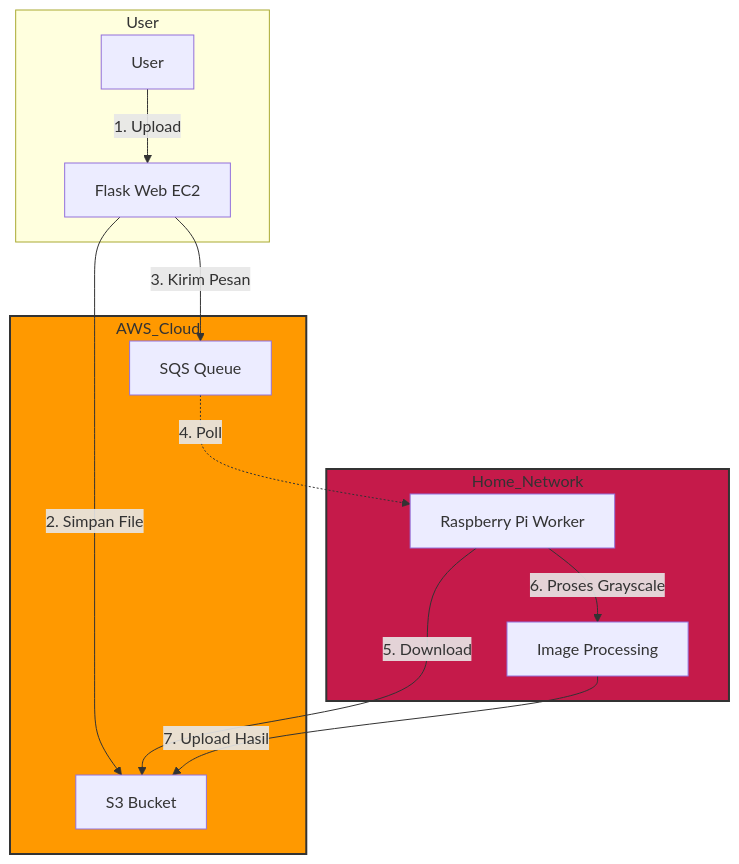
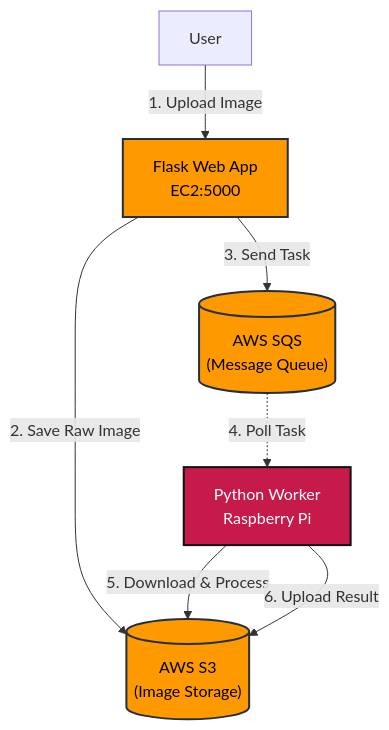
Before and after one commit to AkhsanDaffa/aws-hybrid-image-processor: the first of 3 diagrams in README.md, drawn with Mermaid. The commit also changed other lines of this file and 6 other files, not shown here.

````diff
--- a/README.md
+++ b/README.md
@@ -24,21 +23,14 @@
 ```mermaid
 graph TD
-    subgraph User
-    A[User] -->|1. Upload| B[Flask Web EC2]
-    end
-    
-    subgraph AWS_Cloud
-    B -->|2. Simpan File| C[S3 Bucket]
-    B -->|3. Kirim Pesan| D[SQS Queue]
-    end
-    
-    subgraph Home_Network
-    D -.->|4. Poll| E[Raspberry Pi Worker]
-    E -->|5. Download| C
-    E -->|6. Proses Grayscale| F[Image Processing]
-    F -->|7. Upload Hasil| C
-    end
-    
-    style AWS_Cloud fill:#ff9900,stroke:#333,stroke-width:2px
-    style Home_Network fill:#c51a4a,stroke:#333,stroke-width:2px
+    User[User] -->|1. Upload Image| Flask[Flask Web App\nEC2:5000]
+    Flask -->|2. Save Raw Image| S3[("AWS S3\n(Image Storage)")]
+    Flask -->|3. Send Task| SQS[("AWS SQS\n(Message Queue)")]
+    SQS -.->|4. Poll Task| Worker[Python Worker\nRaspberry Pi]
+    Worker -->|5. Download & Process| S3
+    Worker -->|6. Upload Result| S3
+
+    style S3 fill:#FF9900,stroke:#232F3E,stroke-width:2px,color:black
+    style SQS fill:#FF9900,stroke:#232F3E,stroke-width:2px,color:black
+    style Flask fill:#FF9900,stroke:#232F3E,stroke-width:2px,color:black
+    style Worker fill:#C51A4A,stroke:#111,stroke-width:2px,color:white
 ```
````
